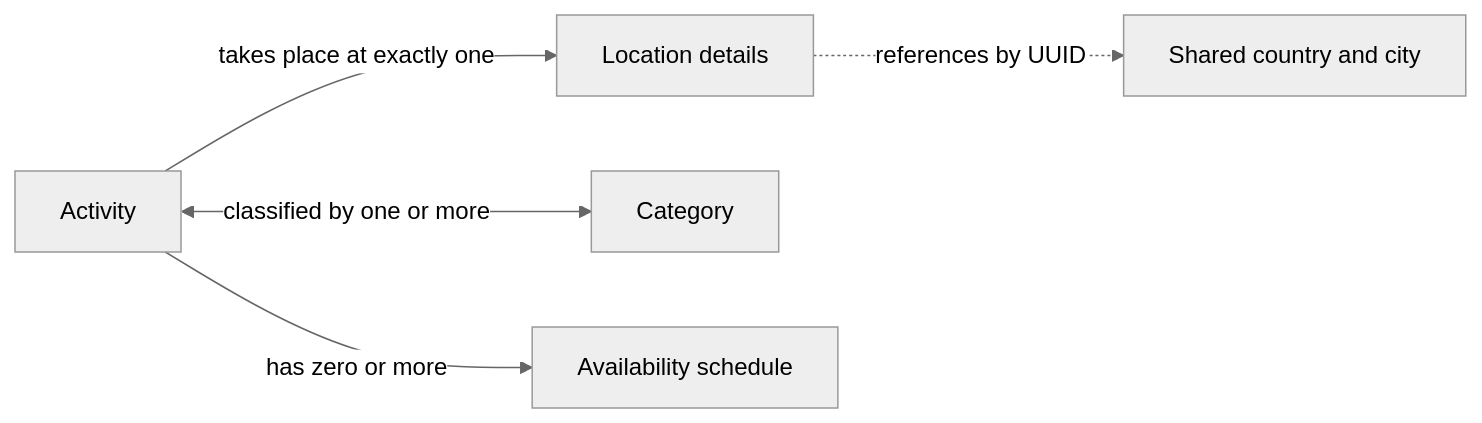
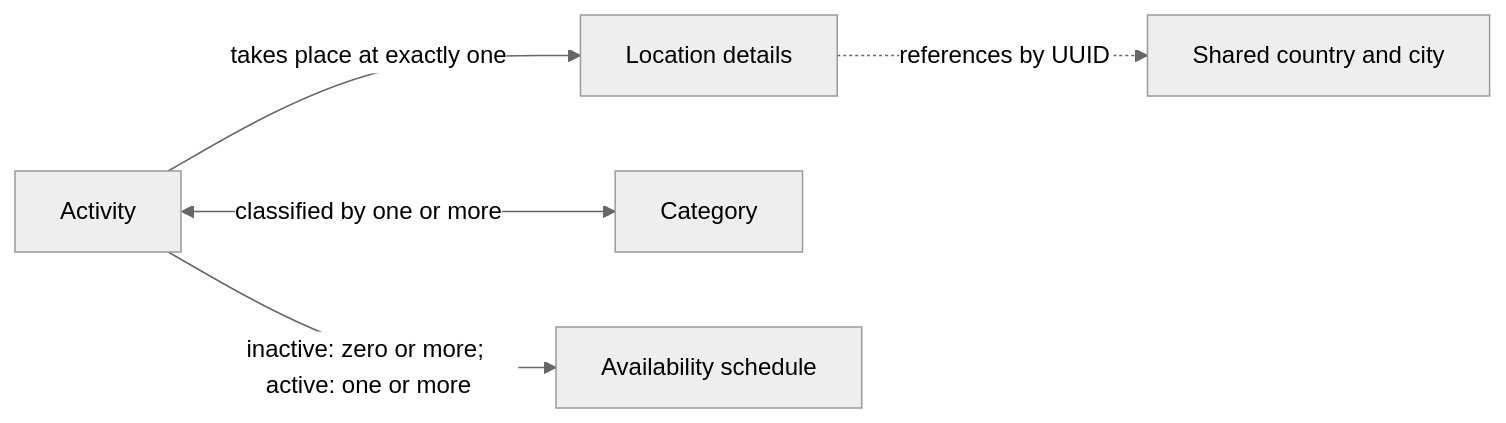
Before and after one commit to JulianKirk/TripGenie: the diagram in docs/reports/release-0/Student4/DataDesign/conceptual.md, drawn with Mermaid (neutral theme). The commit also changed other lines of this file and 3 other files, not shown here.

Commit message:
docs: clarify Student 4 diagram cardinalities

````diff
--- a/docs/reports/release-0/Student4/DataDesign/conceptual.md
+++ b/docs/reports/release-0/Student4/DataDesign/conceptual.md
@@ -9,13 +9,13 @@
 ```mermaid
 flowchart LR
     ACTIVITY[Activity]
     LOCATION[Location details]
     CATEGORY[Category]
     SCHEDULE[Availability schedule]
     PLACE[Shared country and city]
 
     ACTIVITY -->|takes place at exactly one| LOCATION
     ACTIVITY <-->|classified by one or more| CATEGORY
-    ACTIVITY -->|has zero or more| SCHEDULE
+    ACTIVITY -->|"inactive: zero or more; active: one or more"| SCHEDULE
     LOCATION -.->|references by UUID| PLACE
 ```
````
